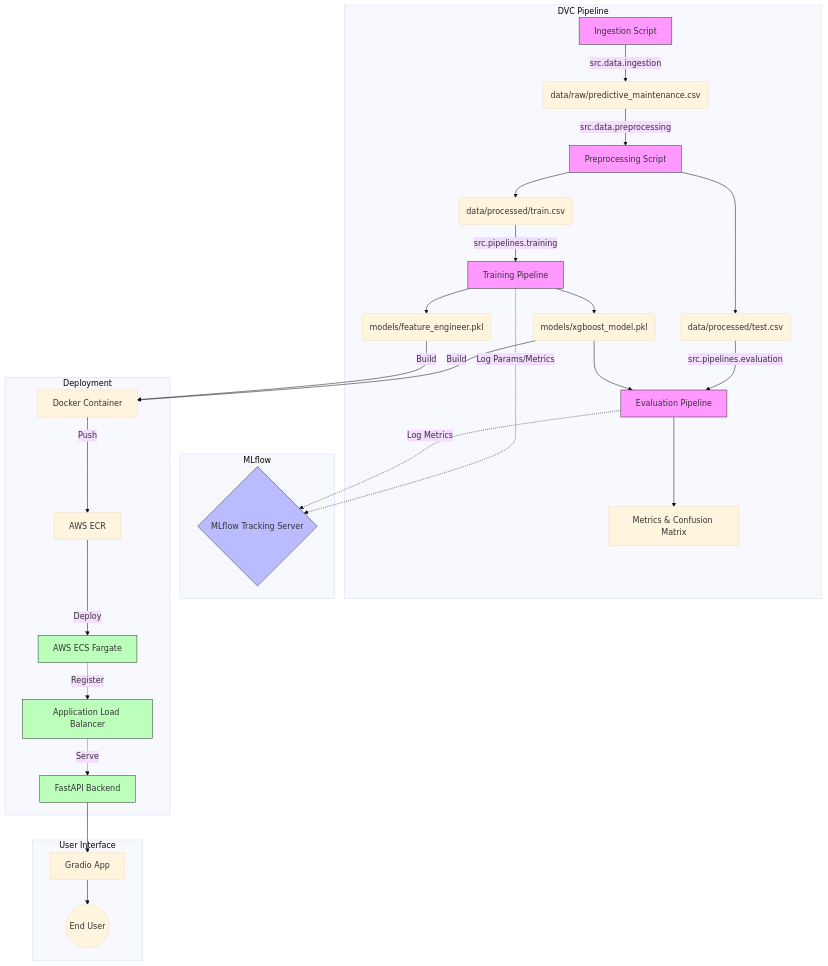
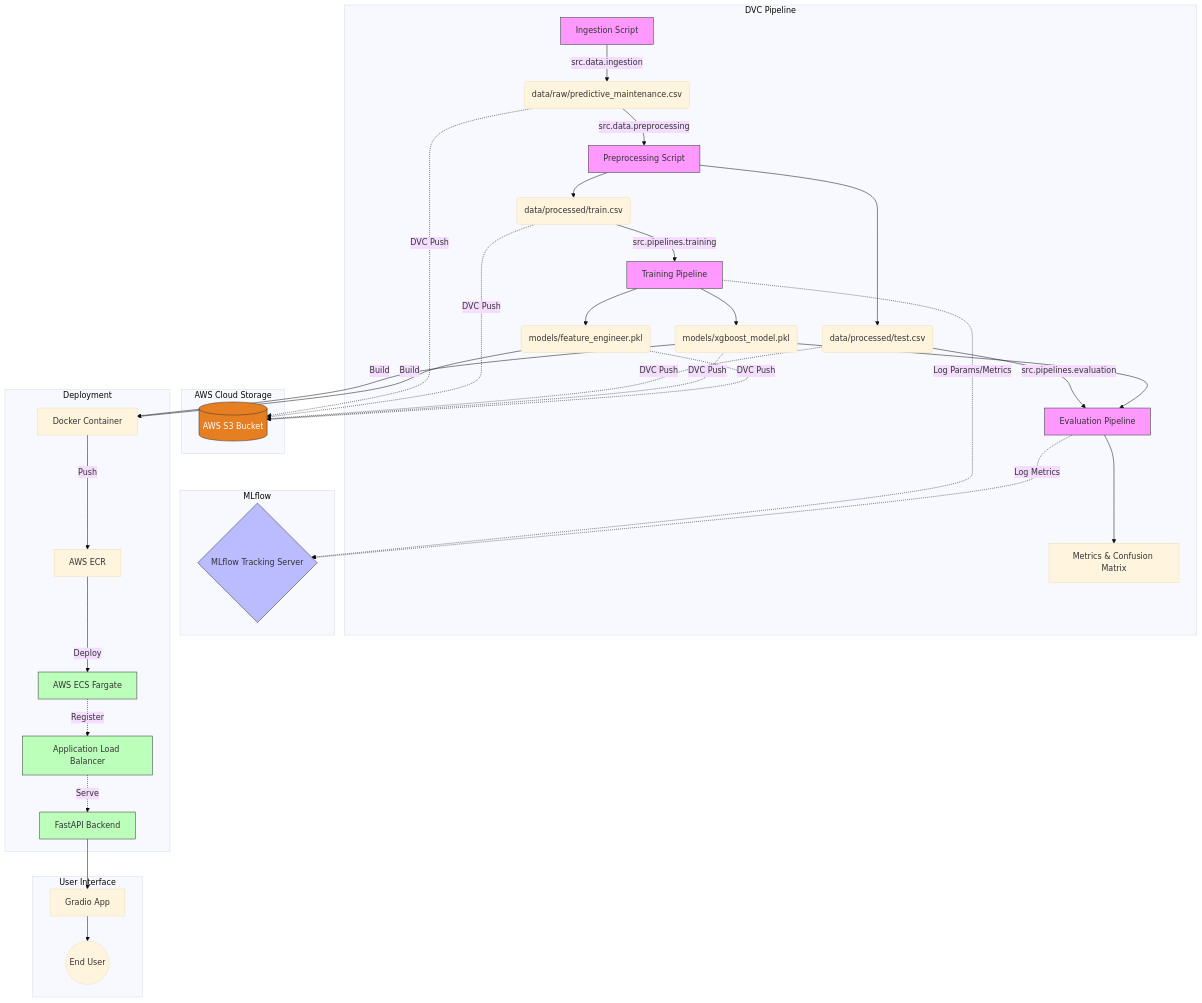
Before and after one commit to aymanz12/predictive-maintenance: the diagram in README.md, drawn with Mermaid (base theme).

````diff
--- a/README.md
+++ b/README.md
@@ -9,43 +9,55 @@
 ```mermaid
 graph TD
     subgraph DVC Pipeline
         A[Ingestion Script] -->|src.data.ingestion| B(data/raw/predictive_maintenance.csv)
         B -->|src.data.preprocessing| C[Preprocessing Script]
         C --> D(data/processed/train.csv)
         C --> E(data/processed/test.csv)
         D -->|src.pipelines.training| F[Training Pipeline]
         F --> G(models/xgboost_model.pkl)
         F --> H(models/feature_engineer.pkl)
         E -->|src.pipelines.evaluation| I[Evaluation Pipeline]
         G --> I
         I --> J[Metrics & Confusion Matrix]
     end
+
+    subgraph AWS Cloud Storage
+        S3[(AWS S3 Bucket)]
+    end
+
+    %% DVC Sync
+    B -.->|DVC Push| S3
+    D -.->|DVC Push| S3
+    E -.->|DVC Push| S3
+    G -.->|DVC Push| S3
+    H -.->|DVC Push| S3
 
     subgraph MLflow
         F -.->|Log Params/Metrics| K{MLflow Tracking Server}
         I -.->|Log Metrics| K
     end
 
     subgraph Deployment
         G -->|Build| L[Docker Container]
         H -->|Build| L
         L -->|Push| M[AWS ECR]
         M -->|Deploy| N[AWS ECS Fargate]
         N -.->|Register| LB[Application Load Balancer]
         LB -.->|Serve| Q[FastAPI Backend]
     end
 
     subgraph User Interface
         Q --> O[Gradio App]
         O --> P((End User))
     end
 
     style A fill:#f9f,stroke:#333
     style C fill:#f9f,stroke:#333
+    style S3 fill:#E67E22,stroke:#333,color:white
     style F fill:#f9f,stroke:#333
     style I fill:#f9f,stroke:#333
     style K fill:#bbf,stroke:#333
     style N fill:#bfb,stroke:#333
     style LB fill:#bfb,stroke:#333
     style Q fill:#bfb,stroke:#333
 ```
````
